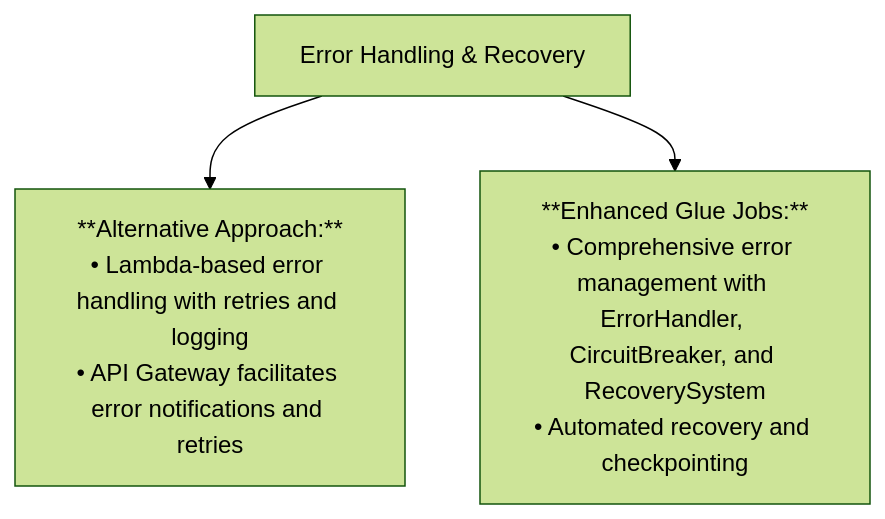
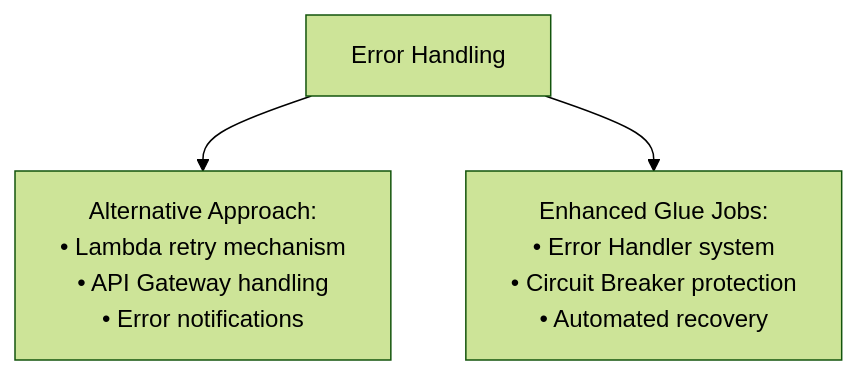
Before and after one commit to veronelazio/wezterm: the eighth of 17 diagrams in mermaid.md, drawn with Mermaid (forest theme). The commit also changed other lines of this file, not shown here.

````diff
--- a/mermaid.md
+++ b/mermaid.md
@@ -113,8 +89,5 @@
-``` mermaid
+```mermaid
 flowchart TD
-    %% Error Handling & Recovery
-    F1["Error Handling & Recovery"]
-    F1 --> F2["**Alternative Approach:**<br>• Lambda-based error handling with retries and logging<br>• API Gateway facilitates error notifications and retries"]
-    F1 --> F3["**Enhanced Glue Jobs:**<br>• Comprehensive error management with ErrorHandler, CircuitBreaker, and RecoverySystem<br>• Automated recovery and checkpointing"]
-
+    F1["Error Handling"] --> F2["Alternative Approach:<br/>• Lambda retry mechanism<br/>• API Gateway handling<br/>• Error notifications"]
+    F1 --> F3["Enhanced Glue Jobs:<br/>• Error Handler system<br/>• Circuit Breaker protection<br/>• Automated recovery"]
 ```
````
